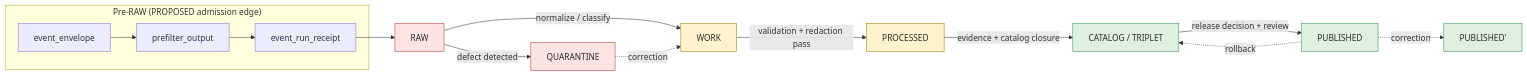
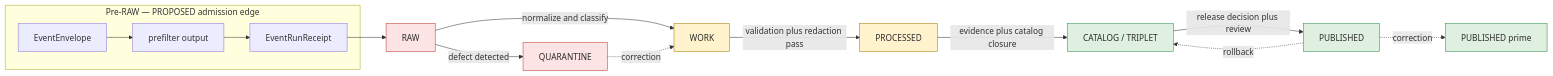
The first of 2 diagrams in docs/domains/people-dna-land/DATA_LIFECYCLE.md (bartytime4life/Kansas-Frontier-Matrix), drawn with Mermaid before and after one commit. The commit also changed other lines of this file, not shown here.

````diff
--- a/docs/domains/people-dna-land/DATA_LIFECYCLE.md
+++ b/docs/domains/people-dna-land/DATA_LIFECYCLE.md
@@ -126,27 +148,27 @@
 ```mermaid
 flowchart LR
-    subgraph "Pre-RAW (PROPOSED admission edge)"
-        E[event_envelope]
-        P[prefilter_output]
-        R[event_run_receipt]
+    subgraph PRERAW["Pre-RAW — PROPOSED admission edge"]
+        E[EventEnvelope]
+        P[prefilter output]
+        R[EventRunReceipt]
         E --> P --> R
     end
 
     R --> A[RAW]
-    A -->|normalize / classify| B[WORK]
+    A -->|normalize and classify| B[WORK]
     A -->|defect detected| Q[QUARANTINE]
     Q -.->|correction| B
-    B -->|validation + redaction pass| C[PROCESSED]
-    C -->|evidence + catalog closure| D[CATALOG / TRIPLET]
-    D -->|release decision + review| F[PUBLISHED]
+    B -->|validation plus redaction pass| C[PROCESSED]
+    C -->|evidence plus catalog closure| D[CATALOG / TRIPLET]
+    D -->|release decision plus review| F[PUBLISHED]
 
-    F -.->|correction| F2[PUBLISHED']
+    F -.->|correction| F2["PUBLISHED prime"]
     F -.->|rollback| D
 
     classDef high fill:#fce4e4,stroke:#c0392b,color:#2b2b2b
     classDef med fill:#fff3cd,stroke:#a07a00,color:#2b2b2b
     classDef pub fill:#e0f0e0,stroke:#2d8f4e,color:#2b2b2b
     class A,Q high
     class B,C med
     class D,F,F2 pub
 ```
````
